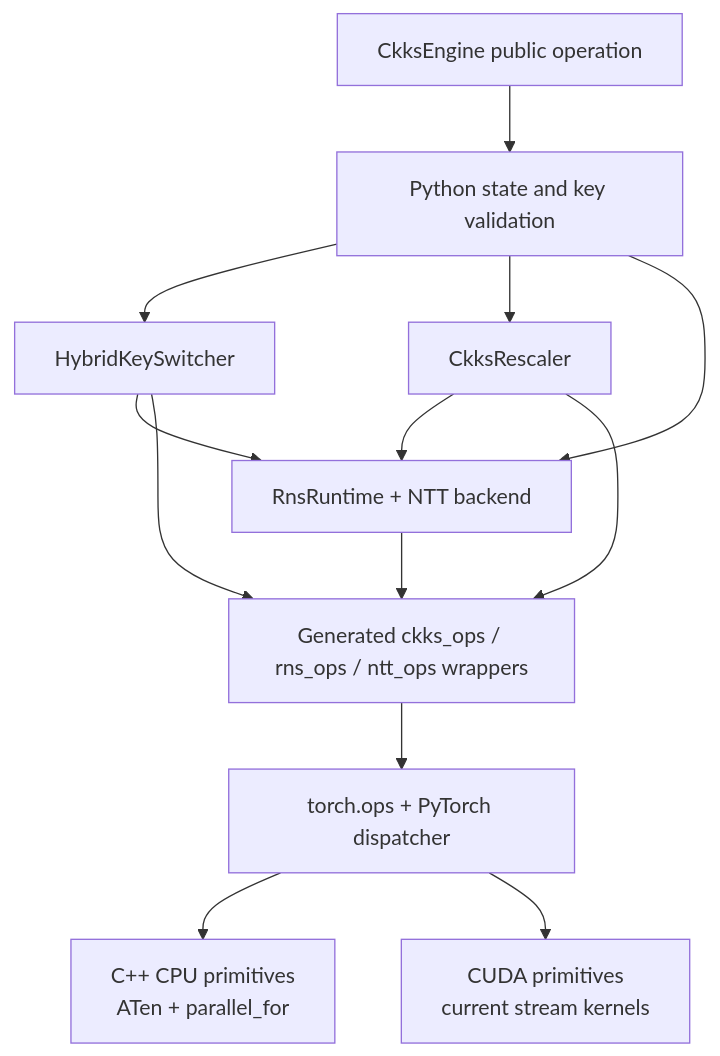
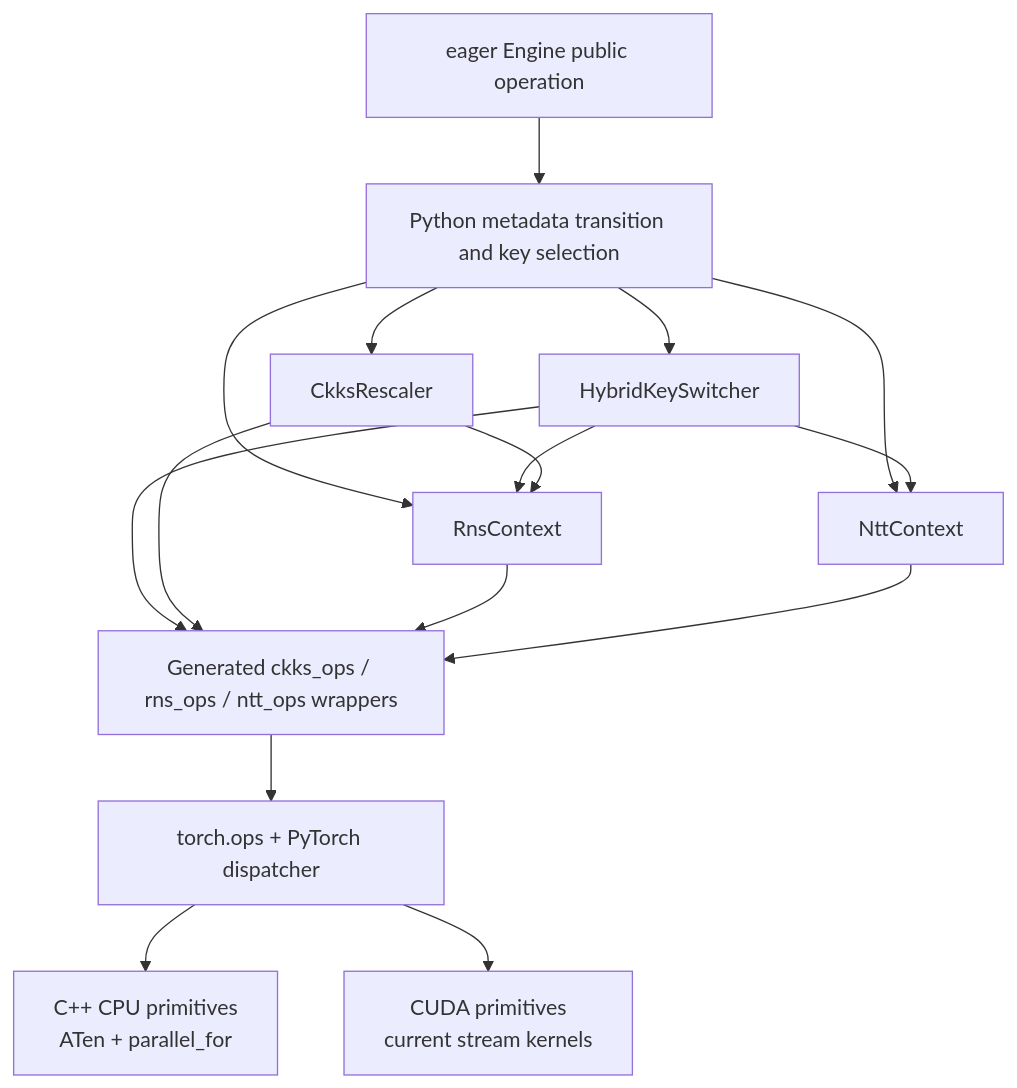
The first of 7 diagrams in docs/developer/multiplication-keyswitch-rescale.md (visualDust/fhelium), drawn with Mermaid before and after one commit. The commit also changed other lines of this file and 612 other files, not shown here.

Commit message:
Introduce several architecture changes and support Windows native build

````diff
--- a/docs/developer/multiplication-keyswitch-rescale.md
+++ b/docs/developer/multiplication-keyswitch-rescale.md
@@ -10,24 +10,28 @@
 ```mermaid
 graph TB
-    API[CkksEngine public operation]
-    STATE[Python state and key validation]
+    API[eager Engine public operation]
+    STATE[Python metadata transition and key selection]
     KS[HybridKeySwitcher]
     RS[CkksRescaler]
-    RNS[RnsRuntime + NTT backend]
+    RNS[RnsContext]
+    NTT[NttContext]
     WRAP[Generated ckks_ops / rns_ops / ntt_ops wrappers]
     DISP[torch.ops + PyTorch dispatcher]
     CPU[C++ CPU primitives<br/>ATen + parallel_for]
     CUDA[CUDA primitives<br/>current stream kernels]
 
     API --> STATE
     STATE --> KS
     STATE --> RS
     STATE --> RNS
+    STATE --> NTT
     KS --> RNS
+    KS --> NTT
     RS --> RNS
     KS --> WRAP
     RS --> WRAP
-    RNS --> WRAP --> DISP
+    RNS --> WRAP
+    NTT --> WRAP --> DISP
     DISP --> CPU
     DISP --> CUDA
 ```
````
